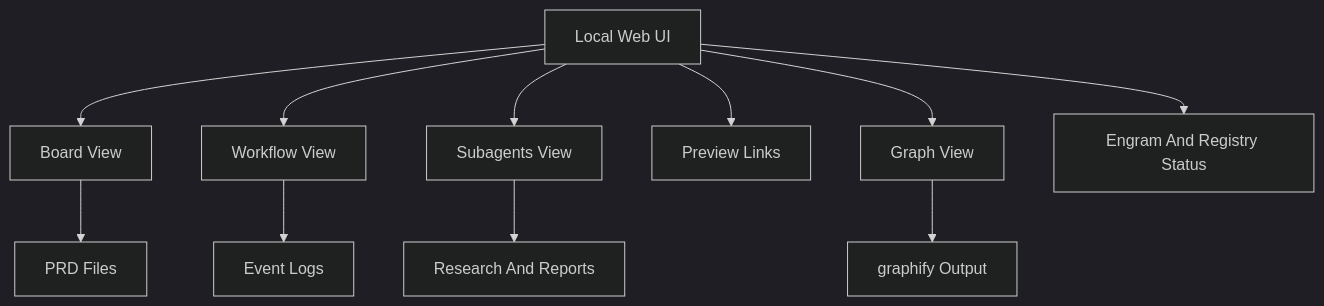
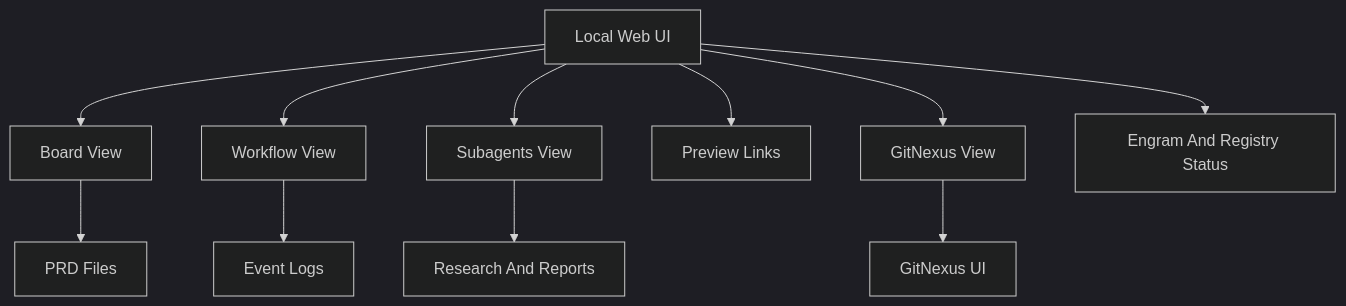
Before and after one commit to devopstales/aiskillgrid: the diagram in docs/08-webui.md, drawn with Mermaid (dark theme). The commit also changed other lines of this file and 155 other files, not shown here.

````diff
--- a/docs/08-webui.md
+++ b/docs/08-webui.md
@@ -35,13 +35,13 @@
 ```mermaid
 flowchart TD
   WebUI[Local Web UI] --> Board[Board View]
   WebUI --> Workflow[Workflow View]
   WebUI --> Subagents[Subagents View]
   WebUI --> Previews[Preview Links]
-  WebUI --> Graph[Graph View]
+  WebUI --> Graph[GitNexus View]
   Board --> PRD[PRD Files]
   Workflow --> Events[Event Logs]
   Subagents --> Reports[Research And Reports]
-  Graph --> Graphify[graphify Output]
+  Graph --> GitNexus[GitNexus UI]
   WebUI --> Memory[Engram And Registry Status]
 ```
````
